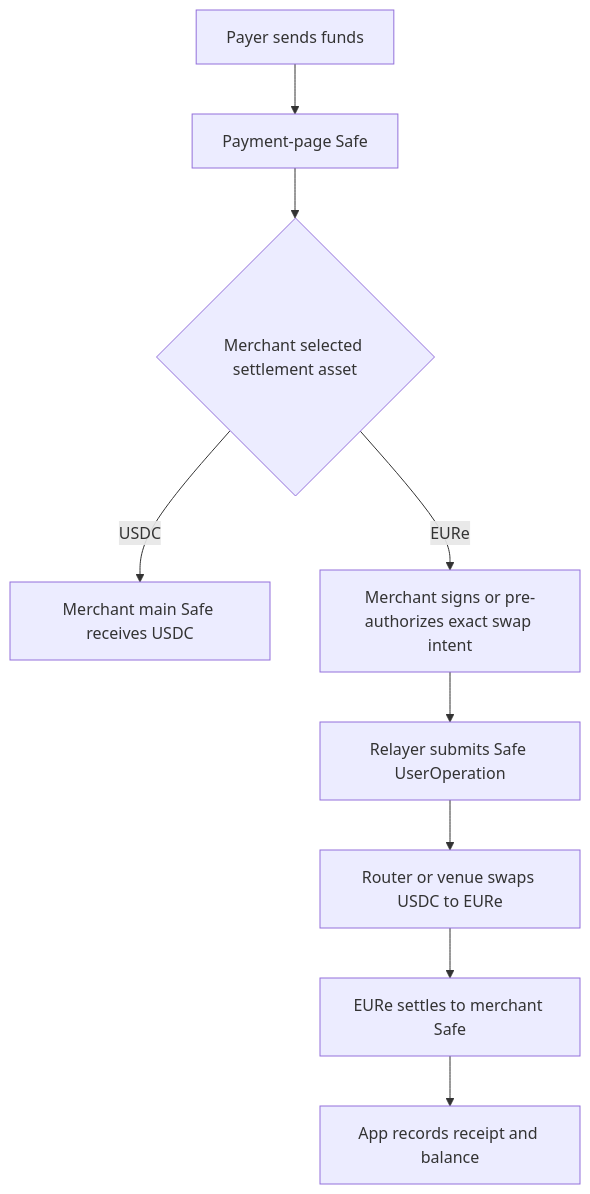
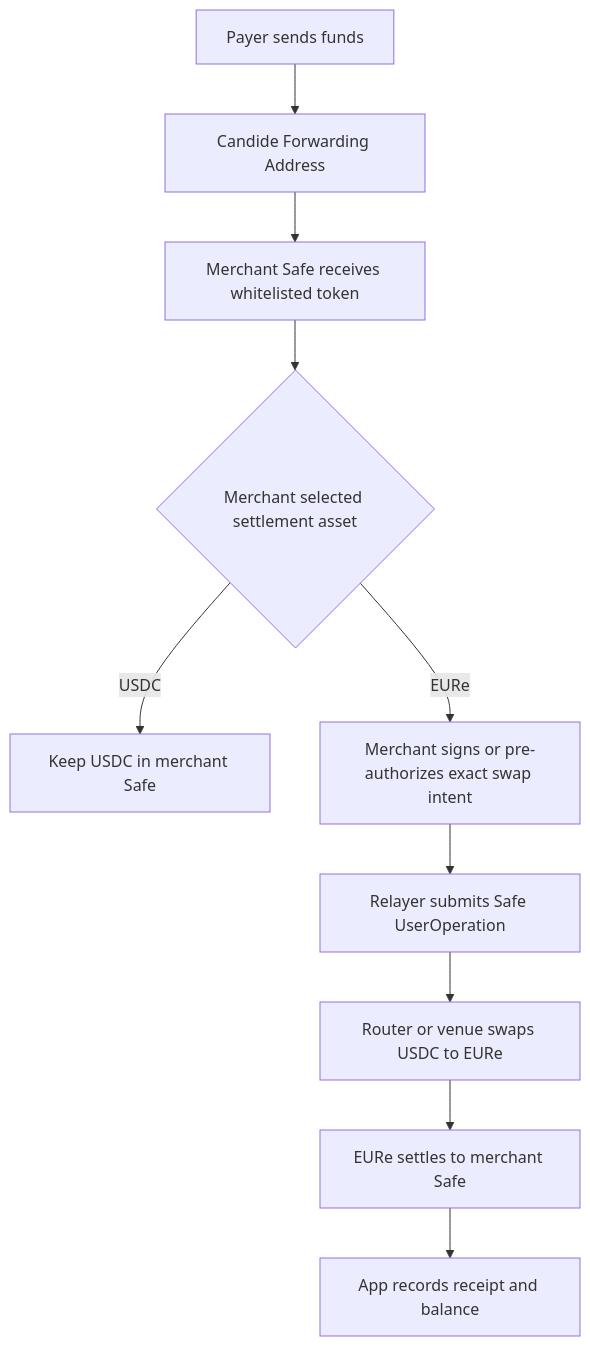
One commit to Zoldenburg-me/Zold-app changed the second of 2 diagrams in docs/payment-page-architecture-map.md. Above: the diagram before and after it, drawn with Mermaid. The commit also changed other lines of this file and 13 other files, not shown here.

Commit message:
Use Candide forwarding for payment pages

````diff
--- a/docs/payment-page-architecture-map.md
+++ b/docs/payment-page-architecture-map.md
@@ -97,11 +98,12 @@
 ```mermaid
 flowchart TD
-  A[Payer sends funds] --> B[Payment-page Safe]
-  B --> C{Merchant selected settlement asset}
-  C -->|USDC| D[Merchant main Safe receives USDC]
-  C -->|EURe| E[Merchant signs or pre-authorizes exact swap intent]
-  E --> F[Relayer submits Safe UserOperation]
-  F --> G[Router or venue swaps USDC to EURe]
-  G --> H[EURe settles to merchant Safe]
-  H --> I[App records receipt and balance]
+  A[Payer sends funds] --> B[Candide Forwarding Address]
+  B --> C[Merchant Safe receives whitelisted token]
+  C --> D{Merchant selected settlement asset}
+  D -->|USDC| E[Keep USDC in merchant Safe]
+  D -->|EURe| F[Merchant signs or pre-authorizes exact swap intent]
+  F --> G[Relayer submits Safe UserOperation]
+  G --> H[Router or venue swaps USDC to EURe]
+  H --> I[EURe settles to merchant Safe]
+  I --> J[App records receipt and balance]
 ```
````
